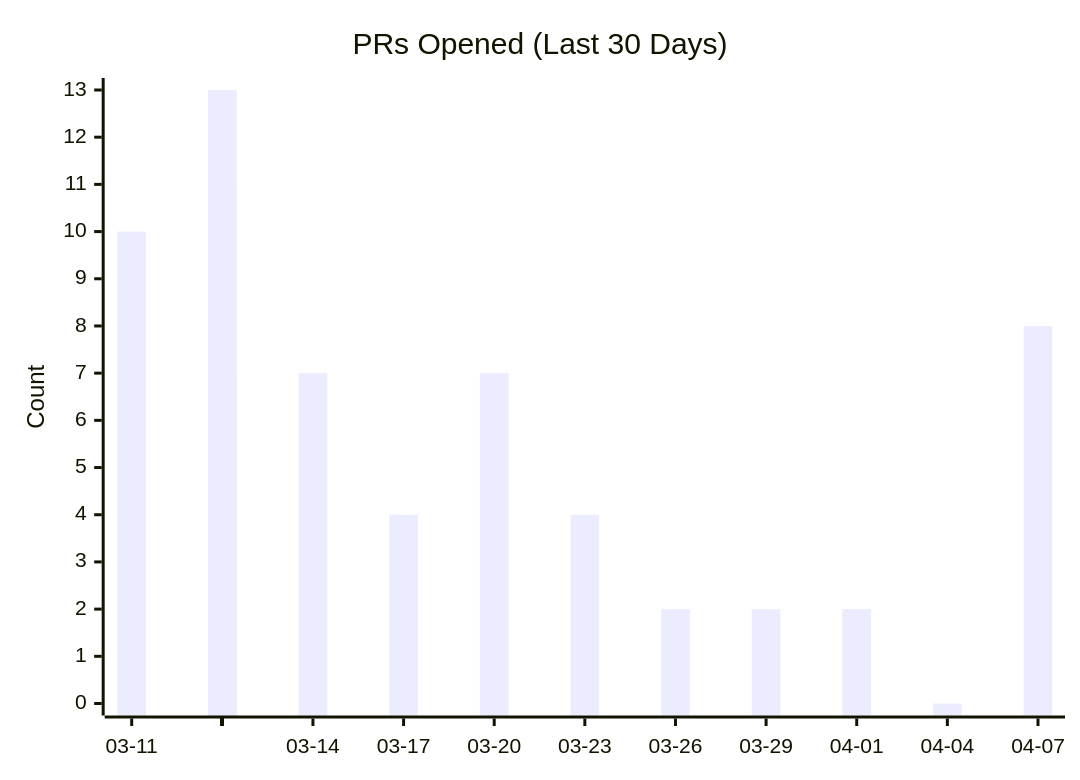
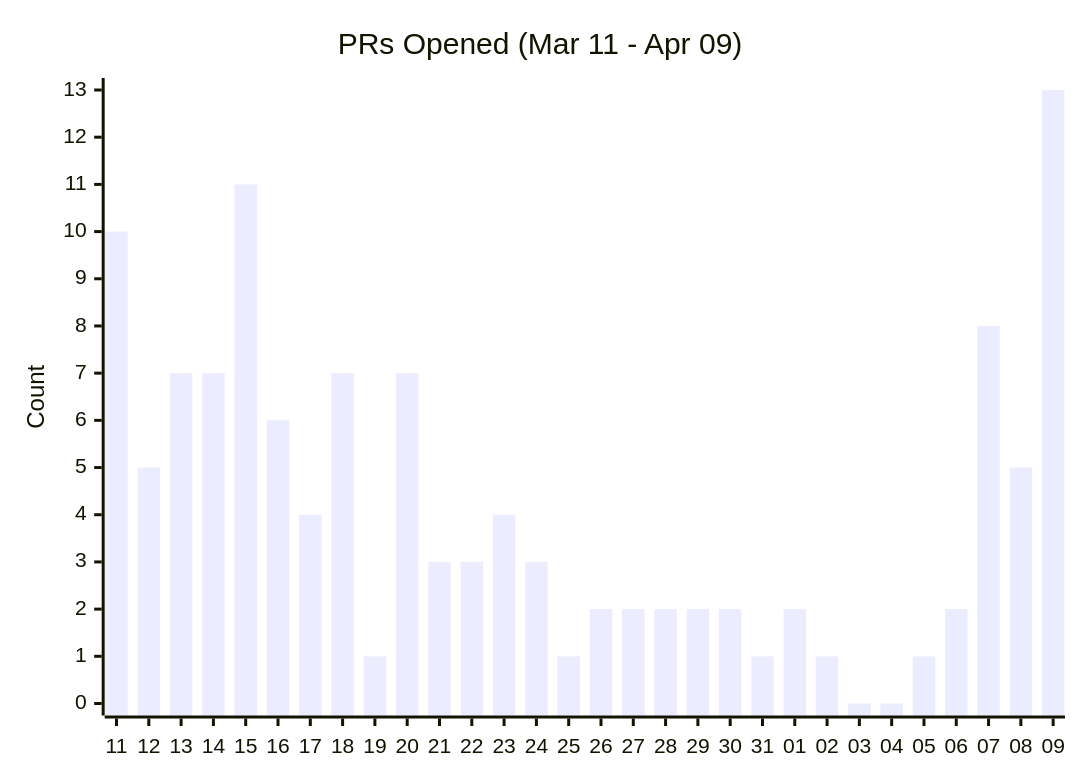
Before and after one commit to cocosheng-g/gemini-cli: the first of 9 diagrams in triage/CONTRIBUTION_METRICS.md, drawn with Mermaid. The commit also changed other lines of this file, not shown here.

````diff
--- a/triage/CONTRIBUTION_METRICS.md
+++ b/triage/CONTRIBUTION_METRICS.md
@@ -11,7 +11,7 @@
 ```mermaid
 xychart-beta
-    title "PRs Opened (Last 30 Days)"
-    x-axis ["03-11", "  ", "   ", "03-14", "     ", "      ", "03-17", "        ", "         ", "03-20", "           ", "            ", "03-23", "              ", "               ", "03-26", "                 ", "                  ", "03-29", "                    ", "                     ", "04-01", "                       ", "                        ", "04-04", "                          ", "                           ", "04-07", "                             ", "                              "]
+    title "PRs Opened (Mar 11 - Apr 09)"
+    x-axis ["11", "12​", "13​​", "14​​​", "15​​​​", "16​​​​​", "17​​​​​​", "18​​​​​​​", "19​​​​​​​​", "20​​​​​​​​​", "21​​​​​​​​​​", "22​​​​​​​​​​​", "23​​​​​​​​​​​​", "24​​​​​​​​​​​​​", "25​​​​​​​​​​​​​​", "26​​​​​​​​​​​​​​​", "27​​​​​​​​​​​​​​​​", "28​​​​​​​​​​​​​​​​​", "29​​​​​​​​​​​​​​​​​​", "30​​​​​​​​​​​​​​​​​​​", "31​​​​​​​​​​​​​​​​​​​​", "01​​​​​​​​​​​​​​​​​​​​​", "02​​​​​​​​​​​​​​​​​​​​​​", "03​​​​​​​​​​​​​​​​​​​​​​​", "04​​​​​​​​​​​​​​​​​​​​​​​​", "05​​​​​​​​​​​​​​​​​​​​​​​​​", "06​​​​​​​​​​​​​​​​​​​​​​​​​​", "07​​​​​​​​​​​​​​​​​​​​​​​​​​​", "08​​​​​​​​​​​​​​​​​​​​​​​​​​​​", "09​​​​​​​​​​​​​​​​​​​​​​​​​​​​​"]
     y-axis "Count"
     bar [10, 5, 7, 7, 11, 6, 4, 7, 1, 7, 3, 3, 4, 3, 1, 2, 2, 2, 2, 2, 1, 2, 1, 0, 0, 1, 2, 8, 5, 13]
 ```
````
